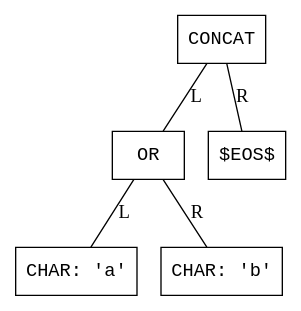
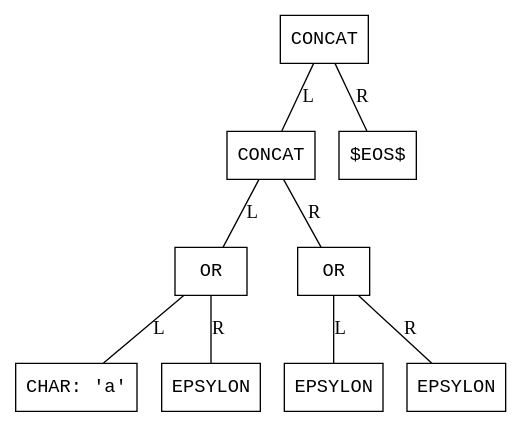
One commit to HotHeadd/automata25_mephi changed the diagram in 2/ast.dot. Above: the diagram before and after it, drawn with Graphviz. The commit also changed 3 other files, not shown here.

```diff
--- a/2/ast.dot
+++ b/2/ast.dot
@@ -1,14 +1,22 @@
 digraph AST {
   node [shape=box, fontname="Courier"];
   edge [arrowhead=none];
 
   0 [label="CONCAT"];
-  1 [label="OR"];
-  2 [label="CHAR: 'a'"];
+  1 [label="CONCAT"];
+  2 [label="OR"];
+  3 [label="CHAR: 'a'"];
+  2 -> 3 [label="L"];
+  4 [label="EPSYLON"];
+  2 -> 4 [label="R"];
   1 -> 2 [label="L"];
-  3 [label="CHAR: 'b'"];
-  1 -> 3 [label="R"];
+  5 [label="OR"];
+  6 [label="EPSYLON"];
+  5 -> 6 [label="L"];
+  7 [label="EPSYLON"];
+  5 -> 7 [label="R"];
+  1 -> 5 [label="R"];
   0 -> 1 [label="L"];
-  4 [label="$EOS$"];
-  0 -> 4 [label="R"];
+  8 [label="$EOS$"];
+  0 -> 8 [label="R"];
 }
```
